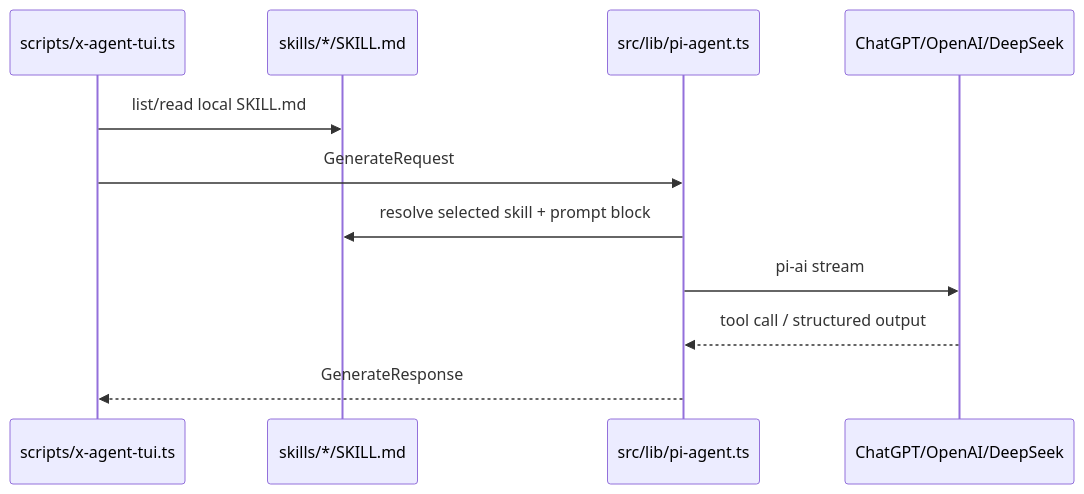
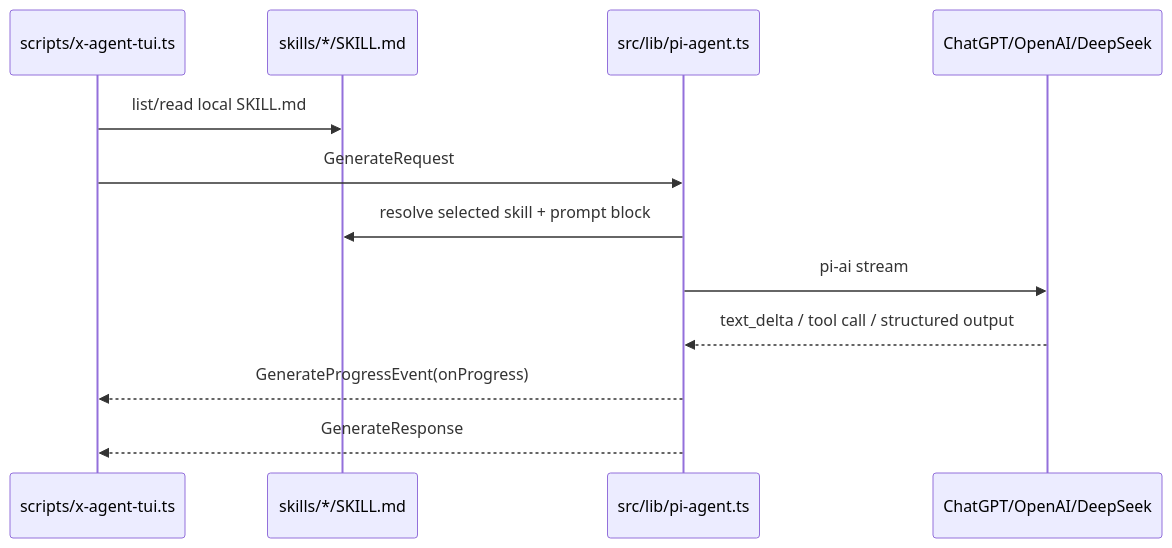
One commit to story2u/x-agent changed the first of 2 diagrams in docs/数据流程.md. Above: the diagram before and after it, drawn with Mermaid. The commit also changed other lines of this file and 9 other files, not shown here.

Commit message:
feat: stream agent progress in tui

````diff
--- a/docs/数据流程.md
+++ b/docs/数据流程.md
@@ -5,14 +5,15 @@
 ```mermaid
 sequenceDiagram
   participant TUI as scripts/x-agent-tui.ts
   participant Skills as skills/*/SKILL.md
   participant Agent as src/lib/pi-agent.ts
   participant Model as ChatGPT/OpenAI/DeepSeek
 
   TUI->>Skills: list/read local SKILL.md
   TUI->>Agent: GenerateRequest
   Agent->>Skills: resolve selected skill + prompt block
   Agent->>Model: pi-ai stream
-  Model-->>Agent: tool call / structured output
+  Model-->>Agent: text_delta / tool call / structured output
+  Agent-->>TUI: GenerateProgressEvent(onProgress)
   Agent-->>TUI: GenerateResponse
 ```
````
